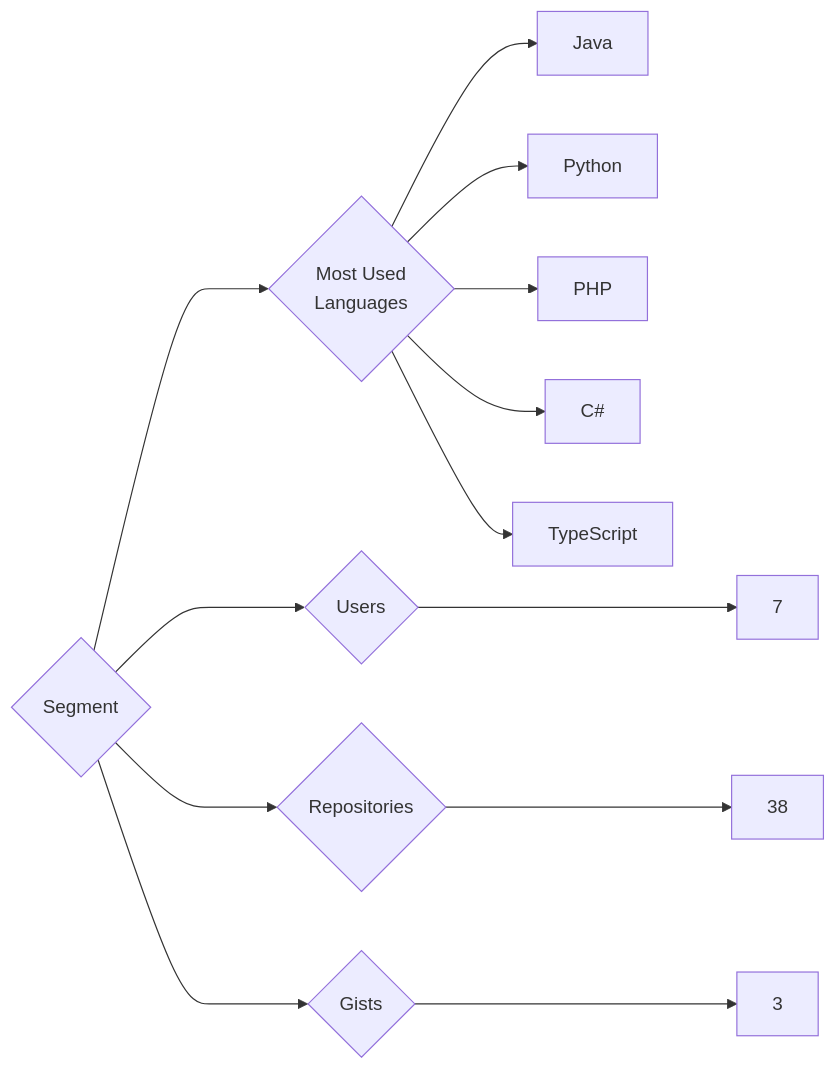
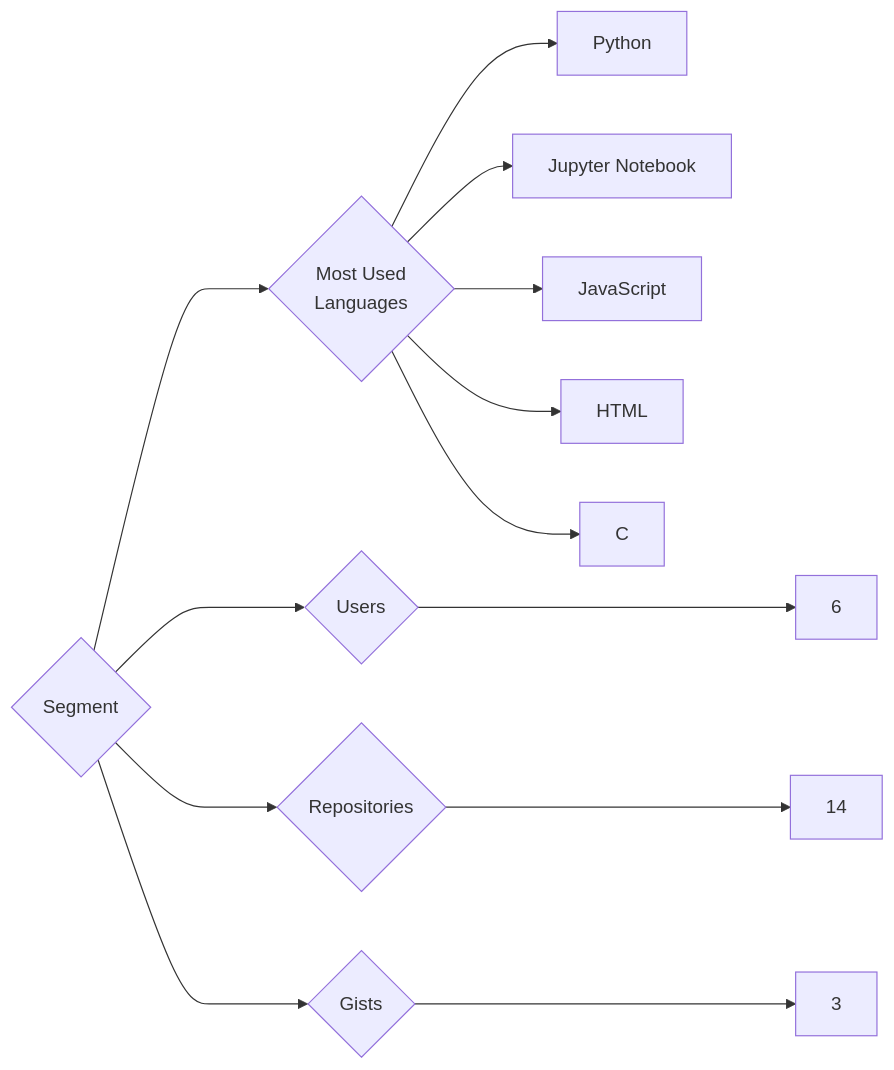
One commit to trickest/insiders changed the diagram in targets/Segment/README.md. Above: the diagram before and after it, drawn with Mermaid. The commit also changed 965 other files, not shown here.

````diff
--- a/targets/Segment/README.md
+++ b/targets/Segment/README.md
@@ -3,13 +3,13 @@
 ```mermaid
 graph LR
 COMPANY_NAME{Segment}
-COMPANY_NAME ---> U{Users} ---> UN[7]
-COMPANY_NAME ---> R{Repositories} ---> RN[38]
+COMPANY_NAME ---> U{Users} ---> UN[6]
+COMPANY_NAME ---> R{Repositories} ---> RN[14]
 COMPANY_NAME ---> G{Gists} ---> GN[3]
 COMPANY_NAME ---> ML{Most Used<br>Languages}
-ML --> Java[Java]
 ML --> Python[Python]
-ML --> PHP[PHP]
-ML --> C#[C#]
-ML --> TypeScript[TypeScript]
+ML --> Jupyter_Notebook[Jupyter Notebook]
+ML --> JavaScript[JavaScript]
+ML --> HTML[HTML]
+ML --> C[C]
 ```
````
